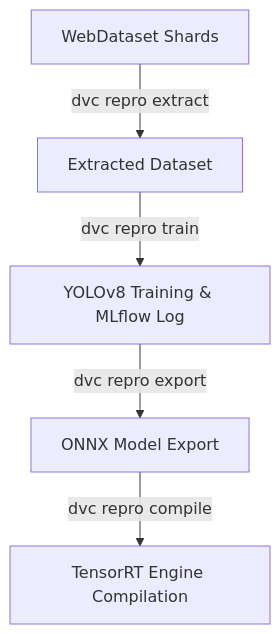
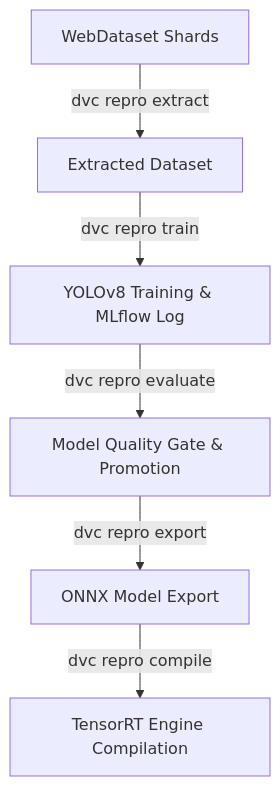
One commit to tranminhvu945/CS317_MLOps changed the second of 2 diagrams in README.md. Above: the diagram before and after it, drawn with Mermaid. The commit also changed other lines of this file, not shown here.

````diff
--- a/README.md
+++ b/README.md
@@ -467,7 +470,8 @@
 ```mermaid
 graph TD
     A[WebDataset Shards] -->|dvc repro extract| B[Extracted Dataset]
     B -->|dvc repro train| C[YOLOv8 Training & MLflow Log]
-    C -->|dvc repro export| D[ONNX Model Export]
-    D -->|dvc repro compile| E[TensorRT Engine Compilation]
+    C -->|dvc repro evaluate| D[Model Quality Gate & Promotion]
+    D -->|dvc repro export| E[ONNX Model Export]
+    E -->|dvc repro compile| F[TensorRT Engine Compilation]
 ```
````
